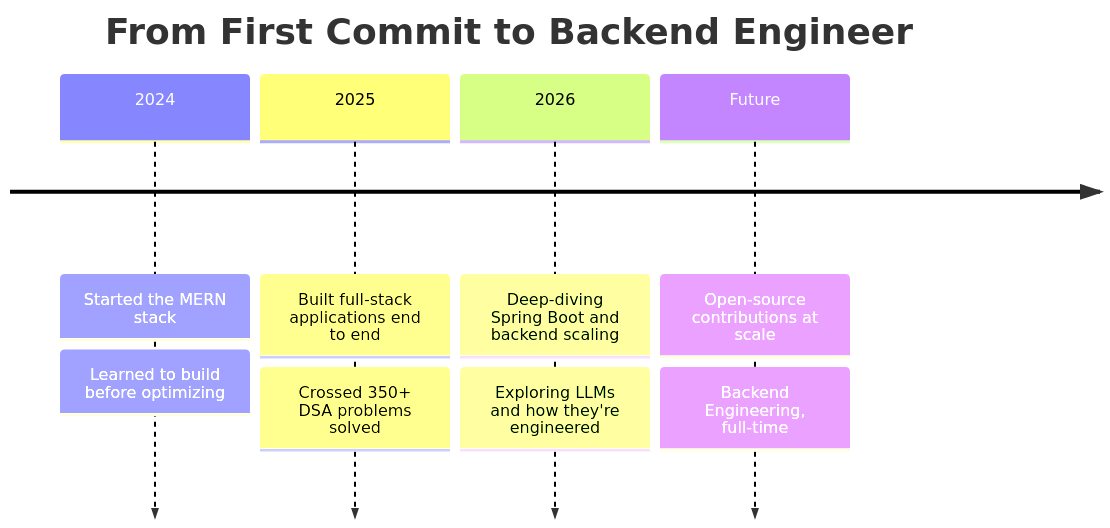
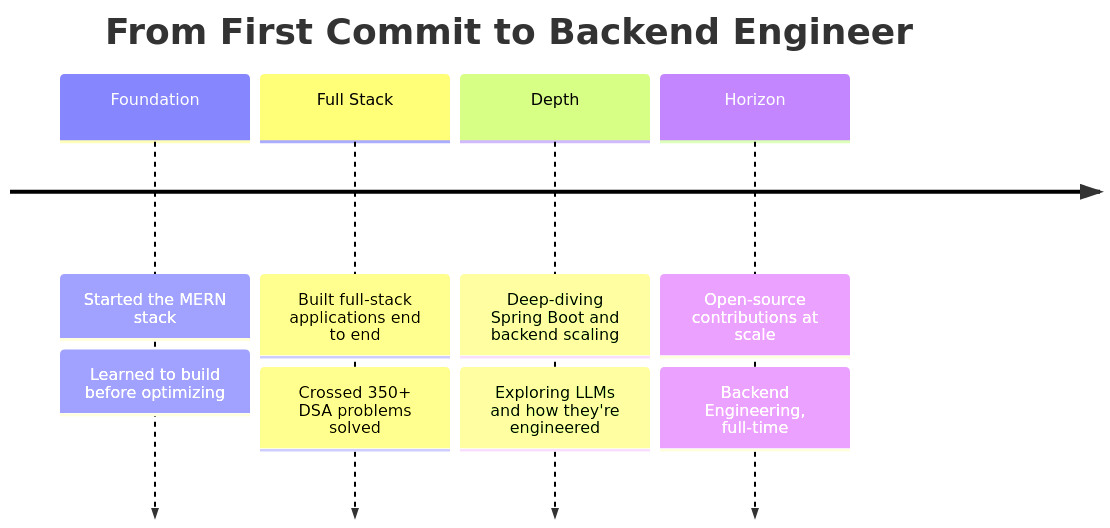
One commit to Pravin1821/Pravin1821 changed the diagram in README.md. Above: the diagram before and after it, drawn with Mermaid. The commit also changed other lines of this file, not shown here.

Commit message:
Revise status and tech stack in README.md
Updated personal status and technology focus in README.

````diff
--- a/README.md
+++ b/README.md
@@ -149,12 +149,12 @@
 ```mermaid
 timeline
     title From First Commit to Backend Engineer
-    2024 : Started the MERN stack
-         : Learned to build before optimizing
-    2025 : Built full-stack applications end to end
-         : Crossed 350+ DSA problems solved
-    2026 : Deep-diving Spring Boot and backend scaling
-         : Exploring LLMs and how they're engineered
-    Future : Open-source contributions at scale
-           : Backend Engineering, full-time
+    Foundation : Started the MERN stack
+               : Learned to build before optimizing
+    Full Stack : Built full-stack applications end to end
+               : Crossed 350+ DSA problems solved
+    Depth : Deep-diving Spring Boot and backend scaling
+          : Exploring LLMs and how they're engineered
+    Horizon : Open-source contributions at scale
+            : Backend Engineering, full-time
 ```
````
